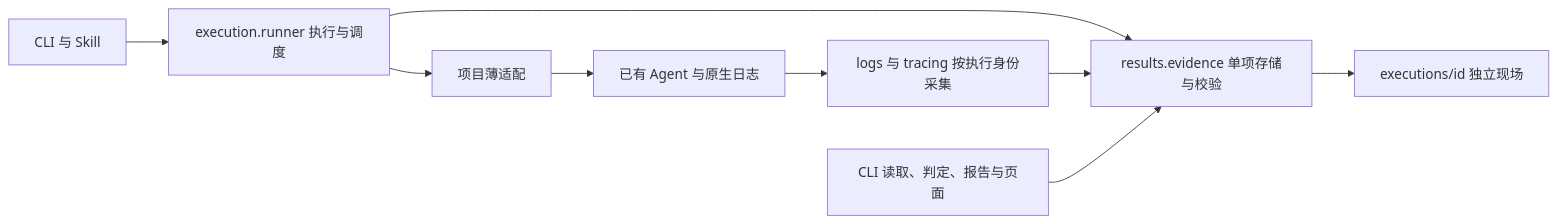
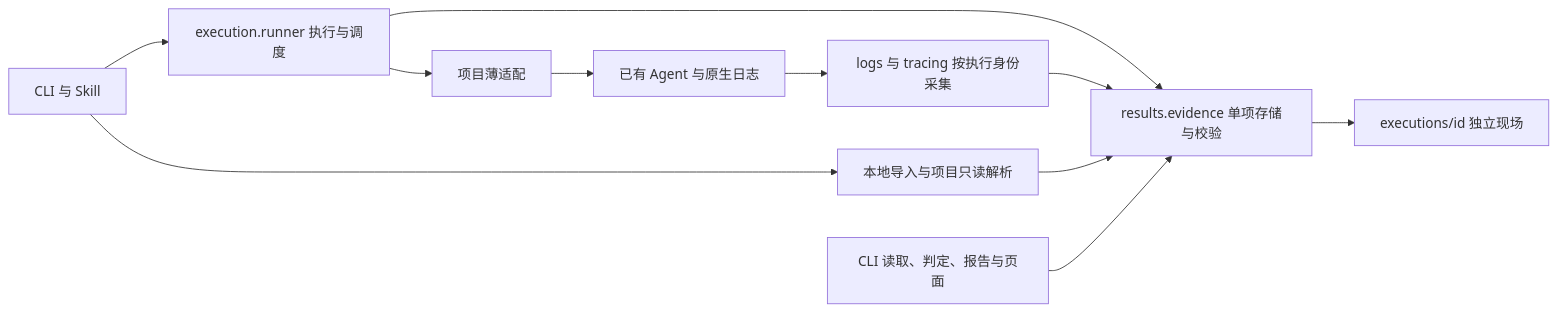
Before and after one commit to hustyichi/agent-tune-kit: the second of 2 diagrams in docs/execution-evidence-and-tracing-plan.md, drawn with Mermaid. The commit also changed other lines of this file and 1 other file, not shown here.

````diff
--- a/docs/execution-evidence-and-tracing-plan.md
+++ b/docs/execution-evidence-and-tracing-plan.md
@@ -142,11 +171,13 @@
 ```mermaid
 flowchart LR
     CLI[CLI 与 Skill] --> RUN[execution.runner 执行与调度]
     RUN --> ADAPTER[项目薄适配]
     ADAPTER --> AGENT[已有 Agent 与原生日志]
     AGENT --> CAP[logs 与 tracing 按执行身份采集]
     RUN --> STORE[results.evidence 单项存储与校验]
     CAP --> STORE
+    CLI --> IMPORT[本地导入与项目只读解析]
+    IMPORT --> STORE
     STORE --> DIR[executions/id 独立现场]
     READ[CLI 读取、判定、报告与页面] --> STORE
 ```
````
